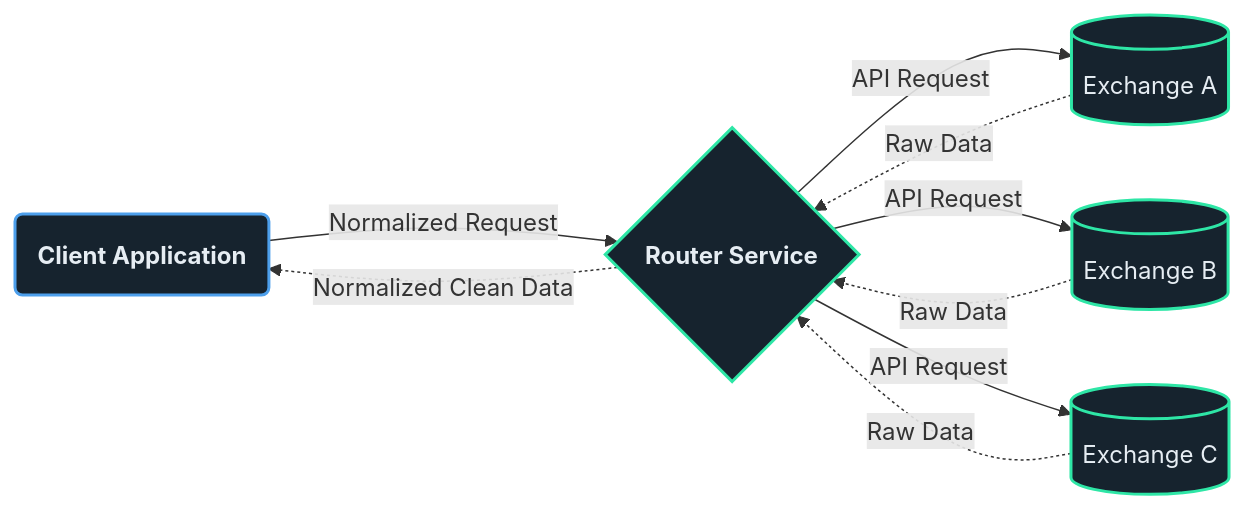
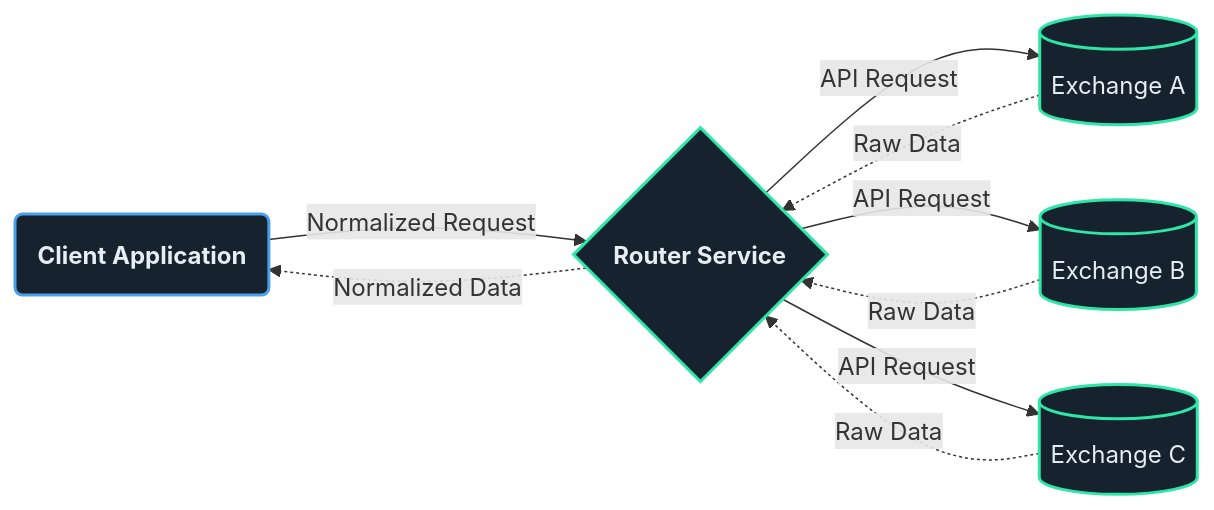
Before and after one commit to atOCEANO/exchange-router-service: the diagram in dev/diagrams/204644.mmd, drawn with Mermaid. The commit also changed 1 other file, not shown here.

Commit message:
docs: even out the hero diagram's edge labels

```diff
--- a/dev/diagrams/204644.mmd
+++ b/dev/diagrams/204644.mmd
@@ -1,20 +1,25 @@
 flowchart LR
     C("<b>Client Application</b>")
     R{"<b>Router Service</b>"}
     A[("Exchange A")]
     B[("Exchange B")]
     X[("Exchange C")]
 
     C -- "Normalized Request" --> R
     R -- "API Request" --> A
     R -- "API Request" --> B
     R -- "API Request" --> X
     A -. "Raw Data" .-> R
     B -. "Raw Data" .-> R
     X -. "Raw Data" .-> R
-    R -. "Normalized Clean Data" .-> C
+    %% mermaid caps an edge label at 200px and wraps past it, and a wrapped label
+    %% is laid out as a padded 200px block where an unwrapped one hugs its text.
+    %% "Normalized Clean Data" was the only label over the cap, so it alone drew a
+    %% box twice the size of its neighbour's and read as a different type size.
+    %% "Clean" was saying what "Normalized" already said, so the cap decides it
+    R -. "Normalized Data" .-> C
 
     classDef entry fill:#16232e,stroke:#4d9feb,stroke-width:2px,color:#e6edf3
     classDef stage fill:#16232e,stroke:#2ee6a6,stroke-width:2px,color:#e6edf3
     class C entry
     class R,A,B,X stage
```
